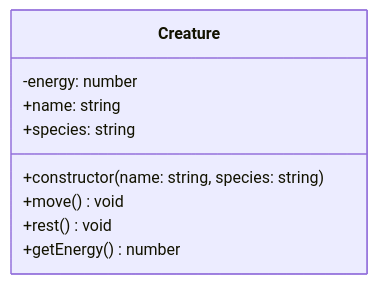
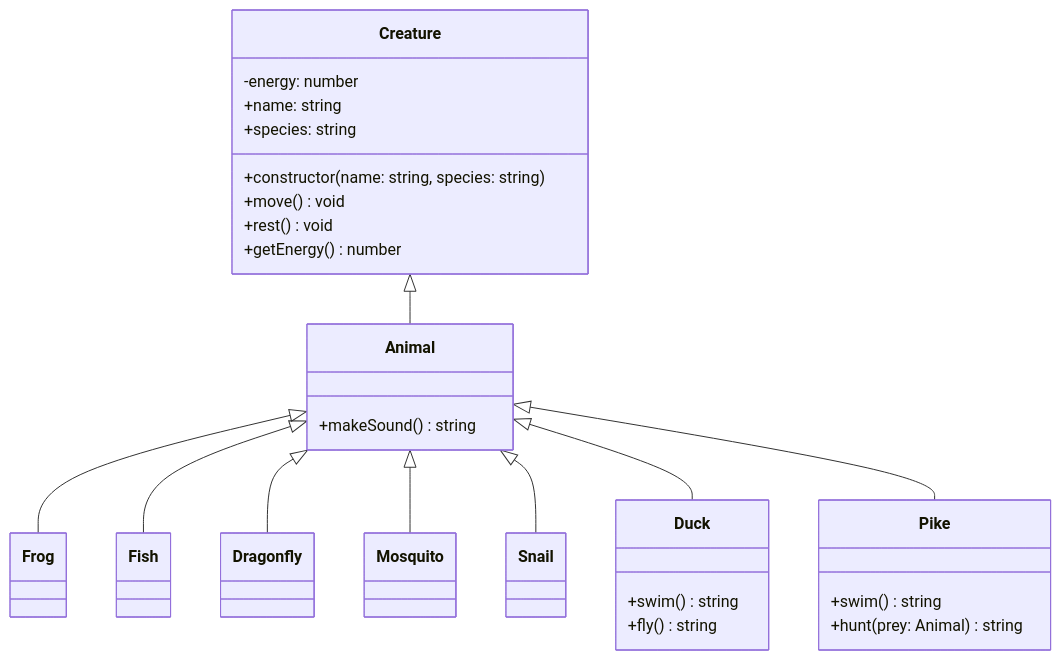
One commit to Edwige08/ecosysteme_de_la_mare changed the diagram in ecosysteme_de_la_mare.mmd. Above: the diagram before and after it, drawn with Mermaid.

Commit message:
update: diagram

```diff
--- a/ecosysteme_de_la_mare.mmd
+++ b/ecosysteme_de_la_mare.mmd
@@ -1,11 +1,37 @@
 classDiagram
+    Creature <|-- Animal
+    Animal <|-- Frog
+    Animal <|-- Fish
+    Animal <|-- Dragonfly
+    Animal <|-- Mosquito
+    Animal <|-- Snail
+    Animal <|-- Duck
+    Animal <|-- Pike
     class Creature {
         -energy: number
         +name: string
         +species: string
 
         +constructor(name: string, species: string)
         +move() void
         +rest() void
         +getEnergy() number
     }
+
+    class Animal {
+        +makeSound() string
+    }
+
+    class Frog {}
+    class Fish {}
+    class Dragonfly {}
+    class Mosquito {}
+    class Snail {}
+    class Duck {
+        +swim() string
+        +fly() string
+    }
+    class Pike {
+        +swim() string
+        +hunt(prey: Animal) string
+    }
```
